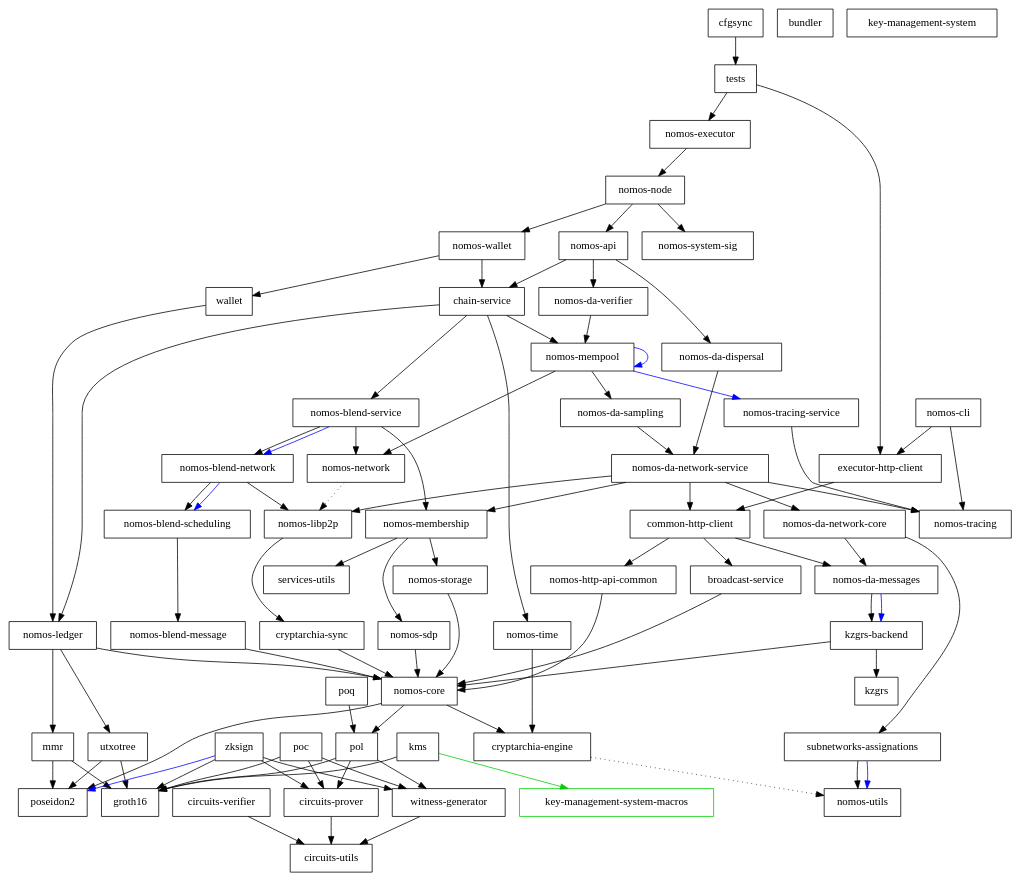
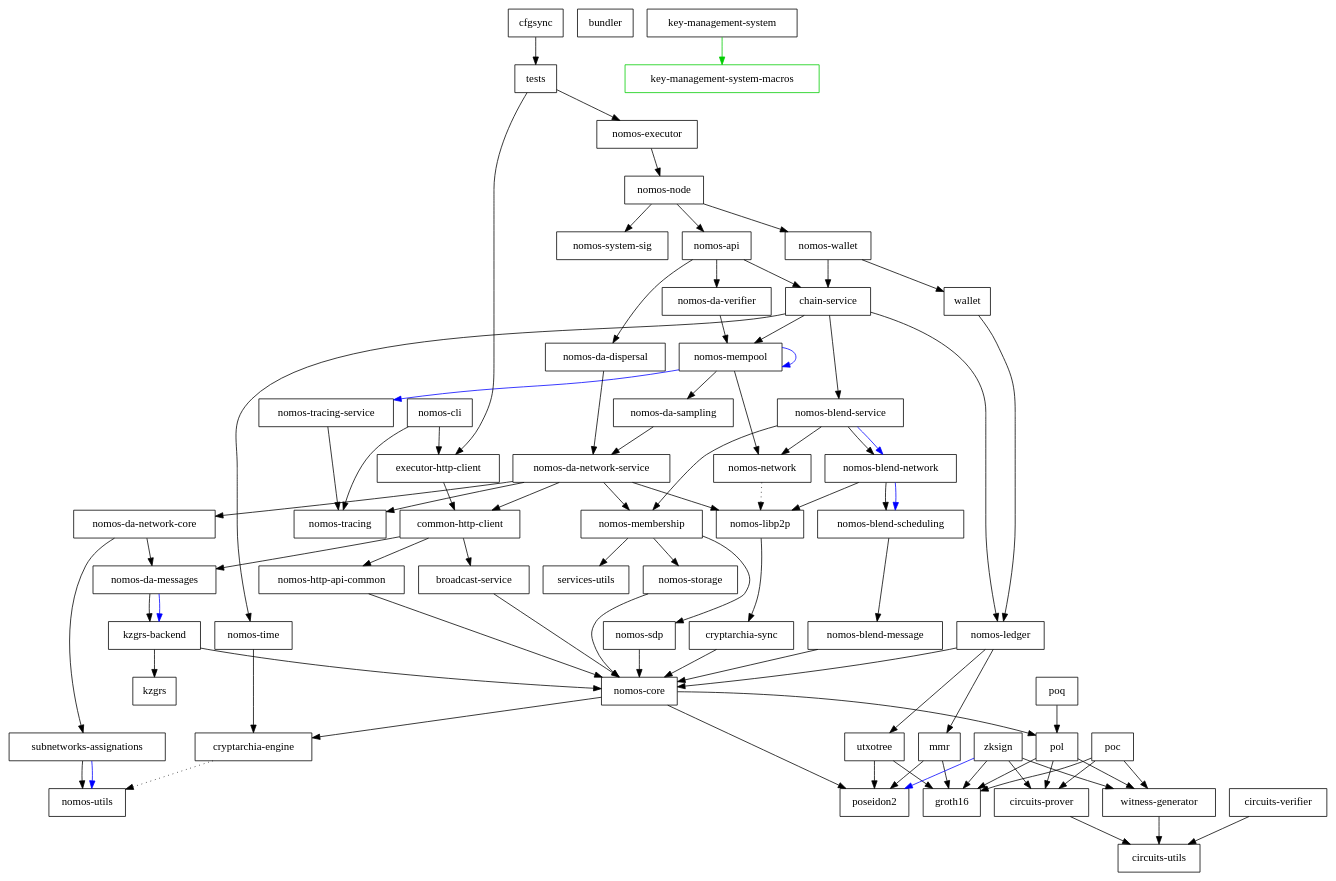
Before and after one commit to logos-co/nomos: the diagram in dependencies_graph.dot, drawn with Graphviz. The commit also changed 14 other files, not shown here.

```diff
--- a/dependencies_graph.dot
+++ b/dependencies_graph.dot
@@ -1,151 +1,149 @@
 digraph {
     0 [ label = "cryptarchia-engine" shape = box]
     1 [ label = "nomos-utils" shape = box]
     2 [ label = "cryptarchia-sync" shape = box]
     3 [ label = "nomos-core" shape = box]
     4 [ label = "groth16" shape = box]
     5 [ label = "pol" shape = box]
     6 [ label = "circuits-prover" shape = box]
     7 [ label = "circuits-utils" shape = box]
     8 [ label = "witness-generator" shape = box]
     9 [ label = "poseidon2" shape = box]
     10 [ label = "nomos-ledger" shape = box]
     11 [ label = "mmr" shape = box]
     12 [ label = "utxotree" shape = box]
     13 [ label = "nomos-http-api-common" shape = box]
     14 [ label = "nomos-executor" shape = box]
     15 [ label = "broadcast-service" shape = box]
     16 [ label = "kzgrs-backend" shape = box]
     17 [ label = "kzgrs" shape = box]
     18 [ label = "nomos-api" shape = box]
     19 [ label = "chain-service" shape = box]
     20 [ label = "nomos-blend-service" shape = box]
     21 [ label = "nomos-blend-message" shape = box]
     22 [ label = "nomos-blend-network" shape = box]
     23 [ label = "nomos-blend-scheduling" shape = box]
     24 [ label = "nomos-libp2p" shape = box]
     25 [ label = "nomos-membership" shape = box]
     26 [ label = "nomos-sdp" shape = box]
     27 [ label = "nomos-storage" shape = box]
     28 [ label = "services-utils" shape = box]
     29 [ label = "nomos-network" shape = box]
     30 [ label = "nomos-da-sampling" shape = box]
     31 [ label = "nomos-da-network-core" shape = box]
     32 [ label = "nomos-da-messages" shape = box]
     33 [ label = "subnetworks-assignations" shape = box]
     34 [ label = "nomos-da-network-service" shape = box]
     35 [ label = "common-http-client" shape = box]
     36 [ label = "nomos-tracing" shape = box]
     37 [ label = "nomos-mempool" shape = box]
     38 [ label = "nomos-tracing-service" shape = box]
     39 [ label = "nomos-time" shape = box]
     40 [ label = "nomos-da-dispersal" shape = box]
     41 [ label = "nomos-da-verifier" shape = box]
     42 [ label = "nomos-node" shape = box]
     43 [ label = "nomos-system-sig" shape = box]
     44 [ label = "nomos-wallet" shape = box]
     45 [ label = "wallet" shape = box]
     46 [ label = "executor-http-client" shape = box]
     47 [ label = "bundler" shape = box]
     48 [ label = "nomos-cli" shape = box]
     49 [ label = "key-management-system" shape = box]
     50 [ label = "key-management-system-macros" shape = box, color = green3]
-    51 [ label = "kms" shape = box]
-    52 [ label = "cfgsync" shape = box]
-    53 [ label = "tests" shape = box]
-    54 [ label = "circuits-verifier" shape = box]
-    55 [ label = "poc" shape = box]
-    56 [ label = "poq" shape = box]
-    57 [ label = "zksign" shape = box]
+    51 [ label = "cfgsync" shape = box]
+    52 [ label = "tests" shape = box]
+    53 [ label = "circuits-verifier" shape = box]
+    54 [ label = "poc" shape = box]
+    55 [ label = "poq" shape = box]
+    56 [ label = "zksign" shape = box]
     0 -> 1 [ style = dotted]
     2 -> 3 [ ]
     3 -> 0 [ ]
     3 -> 5 [ ]
     3 -> 9 [ ]
     5 -> 6 [ ]
     5 -> 4 [ ]
     5 -> 8 [ ]
     6 -> 7 [ ]
     8 -> 7 [ ]
     10 -> 11 [ ]
     10 -> 3 [ ]
     10 -> 12 [ ]
     11 -> 4 [ ]
     11 -> 9 [ ]
     12 -> 4 [ ]
     12 -> 9 [ ]
     13 -> 3 [ ]
     14 -> 42 [ ]
     15 -> 3 [ ]
     16 -> 17 [ ]
     16 -> 3 [ ]
     18 -> 19 [ ]
     18 -> 40 [ ]
     18 -> 41 [ ]
     19 -> 20 [ ]
     19 -> 10 [ ]
     19 -> 37 [ ]
     19 -> 39 [ ]
     20 -> 22 [ ]
     20 -> 22 [ color = blue]
     20 -> 25 [ ]
     20 -> 29 [ ]
     21 -> 3 [ ]
     22 -> 23 [ ]
     22 -> 23 [ color = blue]
     22 -> 24 [ ]
     23 -> 21 [ ]
     24 -> 2 [ ]
     25 -> 26 [ ]
     25 -> 27 [ ]
     25 -> 28 [ ]
     26 -> 3 [ ]
     27 -> 3 [ ]
     29 -> 24 [ style = dotted]
     30 -> 34 [ ]
     31 -> 32 [ ]
     31 -> 33 [ ]
     32 -> 16 [ ]
     32 -> 16 [ color = blue]
     33 -> 1 [ ]
     33 -> 1 [ color = blue]
     34 -> 35 [ ]
     34 -> 31 [ ]
     34 -> 24 [ ]
     34 -> 25 [ ]
     34 -> 36 [ ]
     35 -> 15 [ ]
     35 -> 32 [ ]
     35 -> 13 [ ]
     37 -> 30 [ ]
     37 -> 37 [ color = blue]
     37 -> 29 [ ]
     37 -> 38 [ color = blue]
     38 -> 36 [ ]
     39 -> 0 [ ]
     40 -> 34 [ ]
     41 -> 37 [ ]
     42 -> 18 [ ]
     42 -> 43 [ ]
     42 -> 44 [ ]
     44 -> 19 [ ]
     44 -> 45 [ ]
     45 -> 10 [ ]
     46 -> 35 [ ]
     48 -> 46 [ ]
     48 -> 36 [ ]
-    51 -> 4 [ ]
-    51 -> 50 [ color = green3]
-    52 -> 53 [ ]
-    53 -> 46 [ ]
-    53 -> 14 [ ]
-    54 -> 7 [ ]
-    55 -> 6 [ ]
-    55 -> 4 [ ]
-    55 -> 8 [ ]
-    56 -> 5 [ ]
-    57 -> 6 [ ]
-    57 -> 4 [ ]
-    57 -> 9 [ color = blue]
-    57 -> 8 [ ]
+    49 -> 50 [ color = green3]
+    51 -> 52 [ ]
+    52 -> 46 [ ]
+    52 -> 14 [ ]
+    53 -> 7 [ ]
+    54 -> 6 [ ]
+    54 -> 4 [ ]
+    54 -> 8 [ ]
+    55 -> 5 [ ]
+    56 -> 6 [ ]
+    56 -> 4 [ ]
+    56 -> 9 [ color = blue]
+    56 -> 8 [ ]
 }
```
